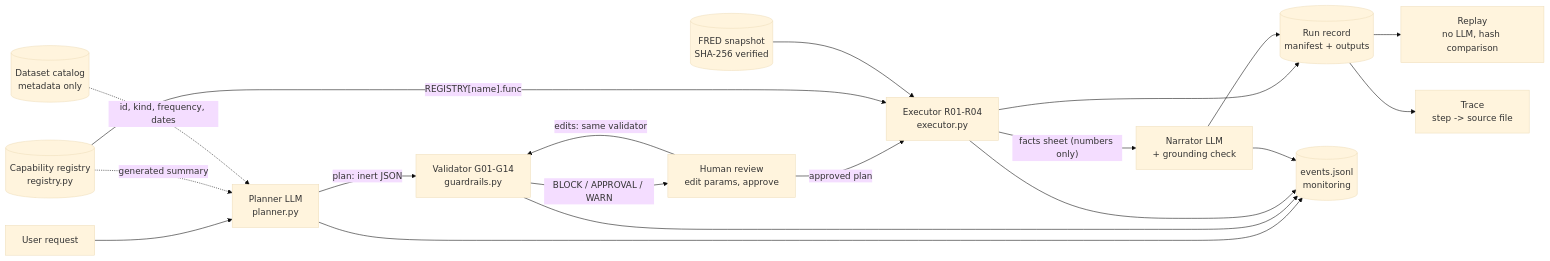
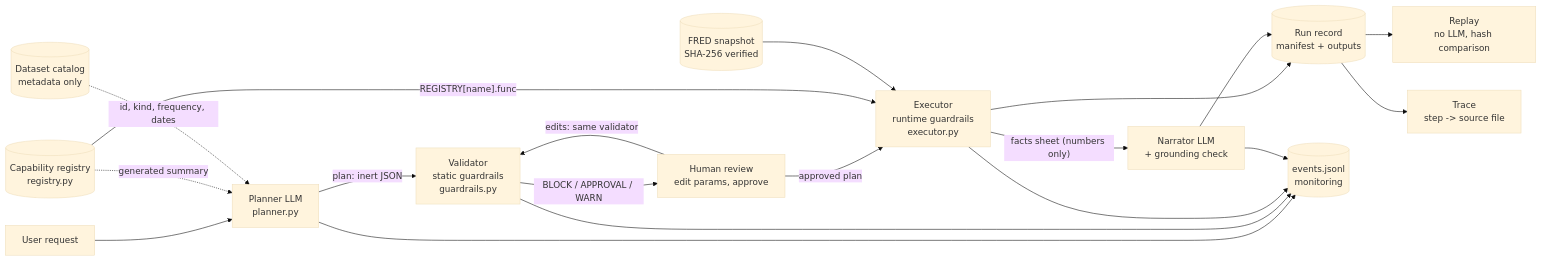
One commit to luigifilippochiara/QuantLab changed the diagram in README.md. Above: the diagram before and after it, drawn with Mermaid (base theme). The commit also changed other lines of this file and 24 other files, not shown here.

````diff
--- a/README.md
+++ b/README.md
@@ -229,18 +229,18 @@
 ```mermaid
 flowchart LR
     U[User request] --> P["Planner LLM<br/>planner.py"]
     R[("Capability registry<br/>registry.py")] -. generated summary .-> P
     C[("Dataset catalog<br/>metadata only")] -. id, kind, frequency, dates .-> P
-    P -->|"plan: inert JSON"| V["Validator G01-G14<br/>guardrails.py"]
+    P -->|"plan: inert JSON"| V["Validator<br/>static guardrails<br/>guardrails.py"]
     V -->|"BLOCK / APPROVAL / WARN"| H["Human review<br/>edit params, approve"]
     H -->|"edits: same validator"| V
-    H -->|approved plan| E["Executor R01-R04<br/>executor.py"]
+    H -->|approved plan| E["Executor<br/>runtime guardrails<br/>executor.py"]
     R -->|"REGISTRY[name].func"| E
     D[("FRED snapshot<br/>SHA-256 verified")] --> E
     E -->|"facts sheet (numbers only)"| N["Narrator LLM<br/>+ grounding check"]
     E --> L[("Run record<br/>manifest + outputs")]
     N --> L
     L --> RP["Replay<br/>no LLM, hash comparison"]
     L --> T["Trace<br/>step -> source file"]
     P & V & E & N --> M[("events.jsonl<br/>monitoring")]
 ```
````
